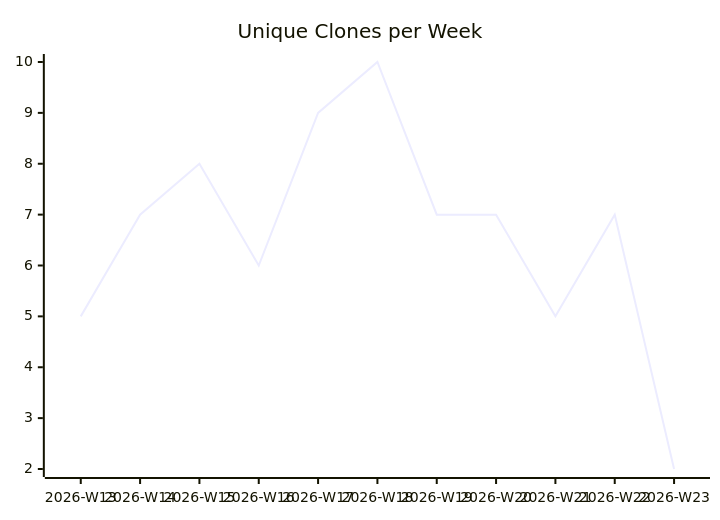
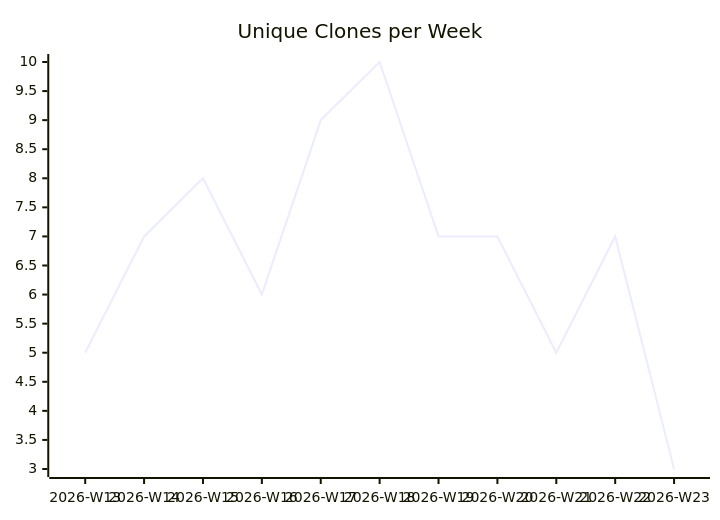
One commit to justdavis-family/github-analytics-data changed the third of 3 diagrams in karlmdavis/ansible-role-jenkins2/README.md. Above: the diagram before and after it, drawn with Mermaid. The commit also changed other lines of this file and 188 other files, not shown here.

````diff
--- a/karlmdavis/ansible-role-jenkins2/README.md
+++ b/karlmdavis/ansible-role-jenkins2/README.md
@@ -19,6 +19,6 @@
 ```mermaid
 xychart-beta
   title "Unique Clones per Week"
   x-axis ["2026-W13", "2026-W14", "2026-W15", "2026-W16", "2026-W17", "2026-W18", "2026-W19", "2026-W20", "2026-W21", "2026-W22", "2026-W23"]
-  line [5, 7, 8, 6, 9, 10, 7, 7, 5, 7, 2]
+  line [5, 7, 8, 6, 9, 10, 7, 7, 5, 7, 3]
 ```
````
